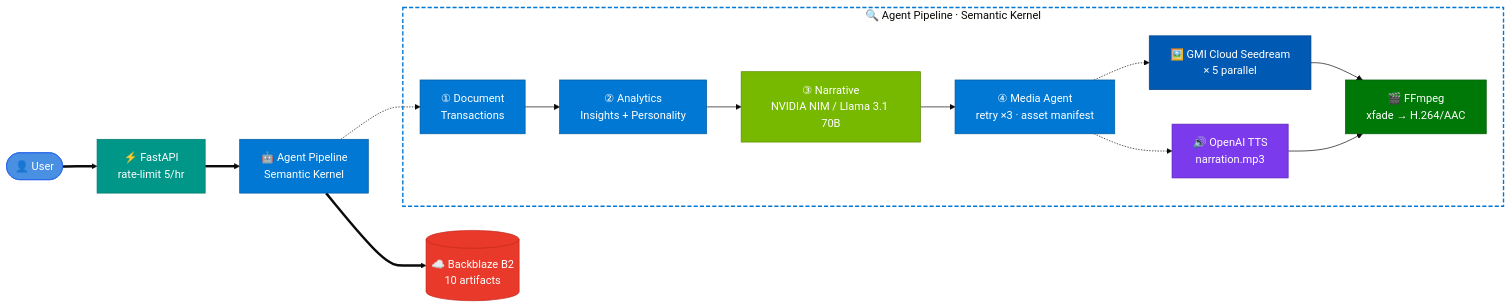
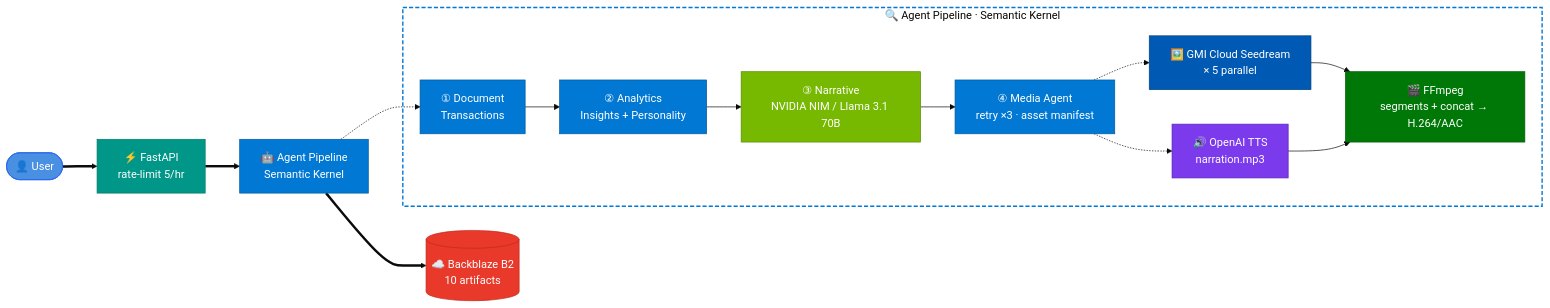
The diagram in README.md (iarjunganesh/bankers-wrapped), drawn with Mermaid (base theme) before and after one commit. The commit also changed other lines of this file and 8 other files, not shown here.

````diff
--- a/README.md
+++ b/README.md
@@ -86,37 +86,37 @@
 ```mermaid
 graph LR
     classDef user fill:#4A90E2,stroke:#2563EB,color:#fff
     classDef api  fill:#009688,stroke:#00796B,color:#fff
     classDef sk   fill:#0078D4,stroke:#005A9E,color:#fff
     classDef nim  fill:#76B900,stroke:#5A8A00,color:#fff
     classDef gmi  fill:#0059B3,stroke:#004080,color:#fff
     classDef ff   fill:#007808,stroke:#005A06,color:#fff
     classDef b2   fill:#E8392A,stroke:#C02A1D,color:#fff
     classDef tts  fill:#7C3AED,stroke:#5B21B6,color:#fff
 
     U(["👤 User"]):::user
     API["⚡ FastAPI<br/>rate-limit 5/hr"]:::api
     PL["🤖 Agent Pipeline<br/>Semantic Kernel"]:::sk
     B2[("☁️ Backblaze B2<br/>10 artifacts")]:::b2
 
     U ==> API ==> PL ==> B2
 
     subgraph pipe["🔍 Agent Pipeline · Semantic Kernel"]
         A1["① Document<br/>Transactions"]:::sk
         A2["② Analytics<br/>Insights + Personality"]:::sk
         A3["③ Narrative<br/>NVIDIA NIM / Llama 3.1 70B"]:::nim
         A4["④ Media Agent<br/>retry ×3 · asset manifest"]:::sk
         GI["🖼️ GMI Cloud Seedream<br/>× 5 parallel"]:::gmi
         AU["🔊 OpenAI TTS<br/>narration.mp3"]:::tts
-        FF["🎬 FFmpeg<br/>xfade → H.264/AAC"]:::ff
+        FF["🎬 FFmpeg<br/>segments + concat → H.264/AAC"]:::ff
         A1 --> A2 --> A3 --> A4
         A4 -.-> GI
         A4 -.-> AU
         GI --> FF
         AU --> FF
     end
 
     style pipe fill:transparent,stroke:#0078D4,stroke-width:2px,stroke-dasharray:6 3
 
     PL -.-> A1
 ```
````
